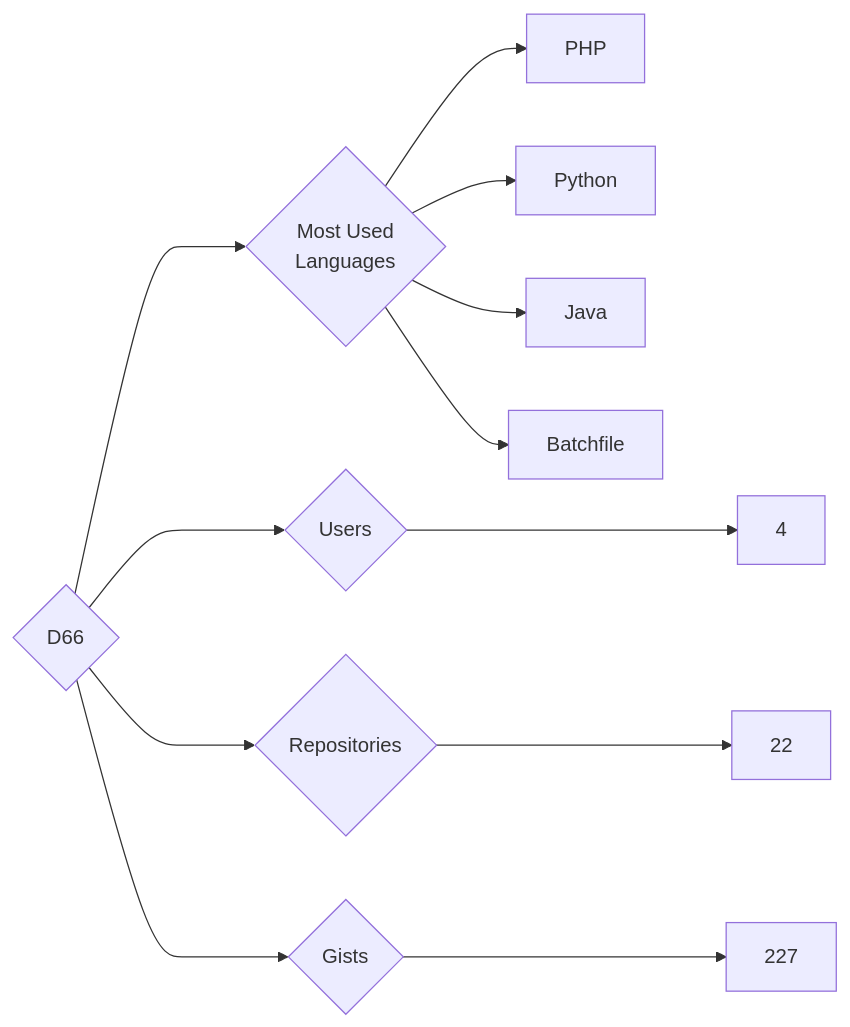
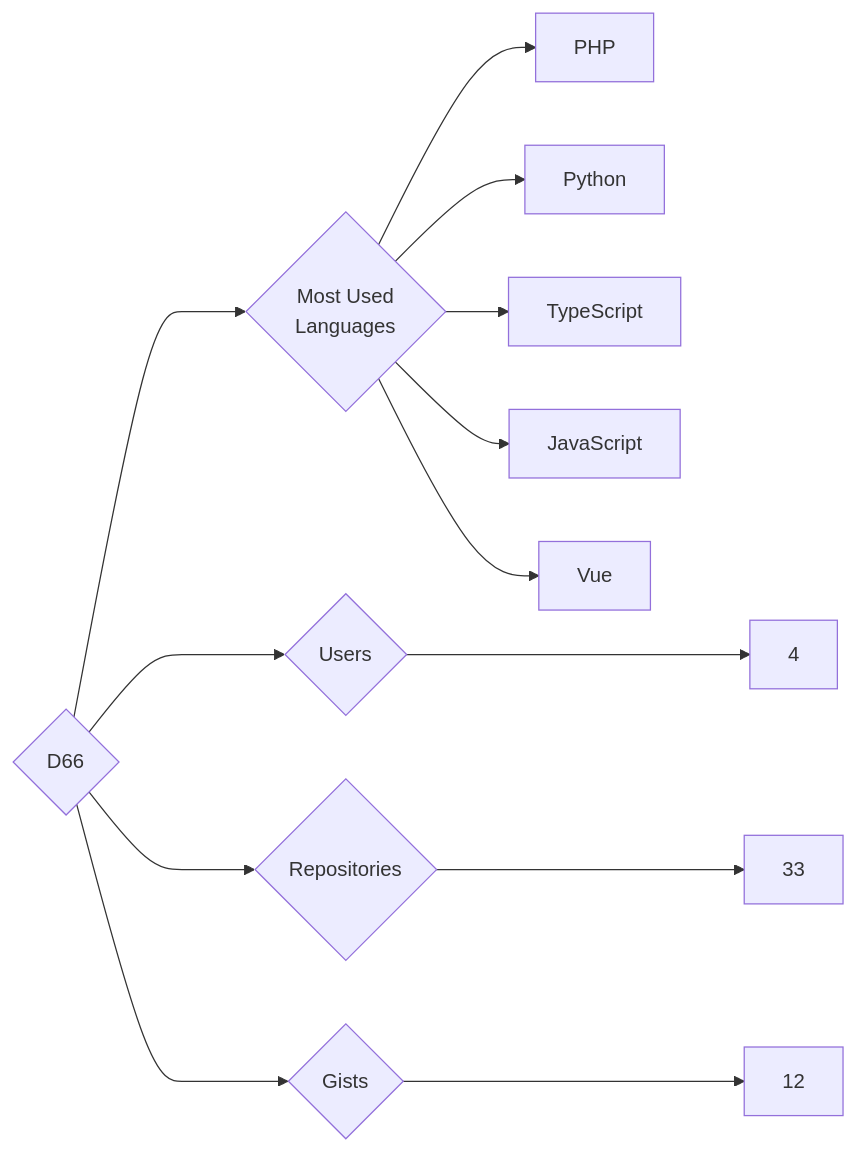
One commit to trickest/insiders changed the diagram in targets/D66/README.md. Above: the diagram before and after it, drawn with Mermaid. The commit also changed 924 other files, not shown here.

````diff
--- a/targets/D66/README.md
+++ b/targets/D66/README.md
@@ -3,12 +3,13 @@
 ```mermaid
 graph LR
 COMPANY_NAME{D66}
 COMPANY_NAME ---> U{Users} ---> UN[4]
-COMPANY_NAME ---> R{Repositories} ---> RN[22]
-COMPANY_NAME ---> G{Gists} ---> GN[227]
+COMPANY_NAME ---> R{Repositories} ---> RN[33]
+COMPANY_NAME ---> G{Gists} ---> GN[12]
 COMPANY_NAME ---> ML{Most Used<br>Languages}
 ML --> PHP[PHP]
 ML --> Python[Python]
-ML --> Java[Java]
-ML --> Batchfile[Batchfile]
+ML --> TypeScript[TypeScript]
+ML --> JavaScript[JavaScript]
+ML --> Vue[Vue]
 ```
````
